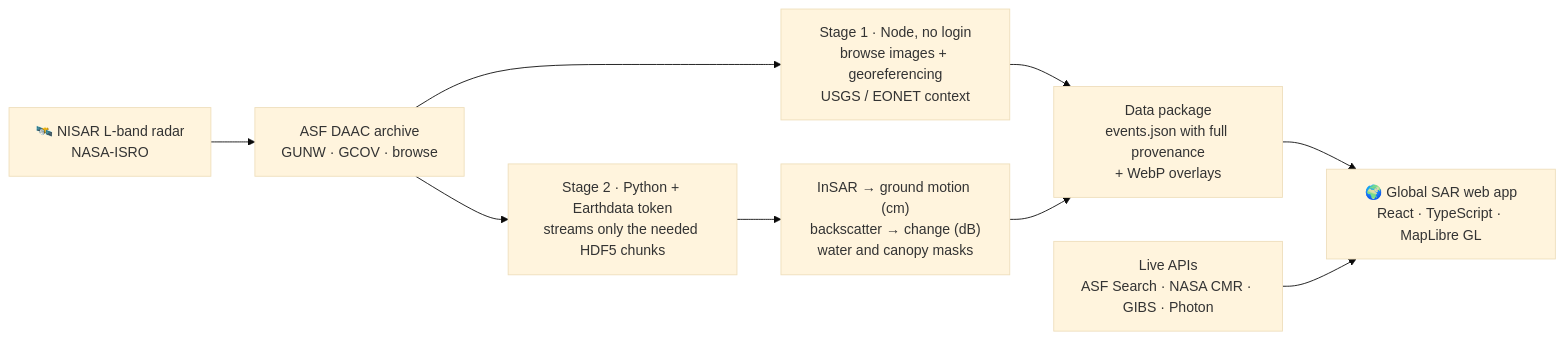
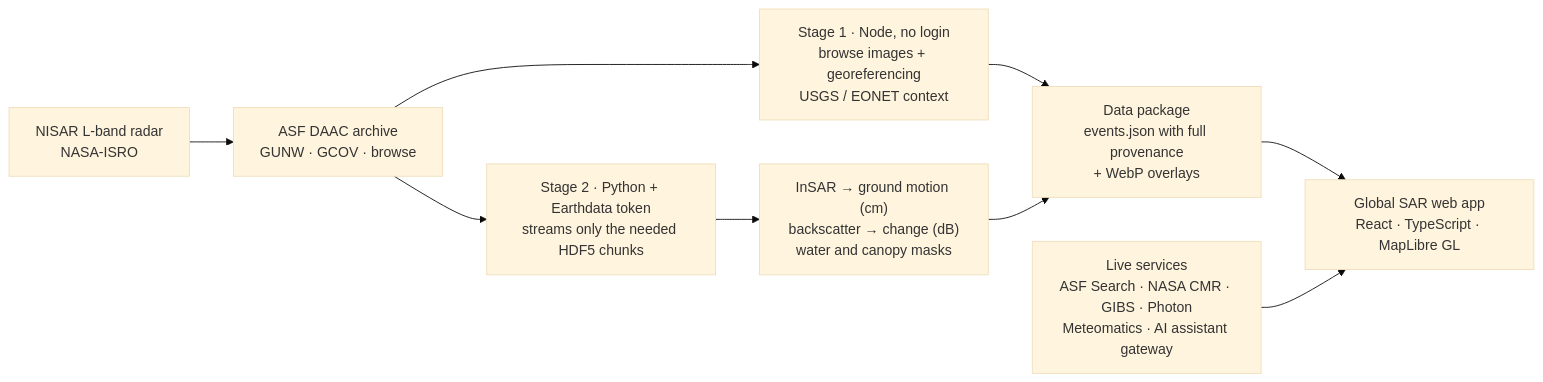
One commit to Denizprof/Guardians-of-the-cosmos changed the diagram in README.md. Above: the diagram before and after it, drawn with Mermaid (base theme). The commit also changed other lines of this file, not shown here.

Commit message:
README: screenshots, no emojis, assistant and weather

````diff
--- a/README.md
+++ b/README.md
@@ -86,11 +108,11 @@
 ```mermaid
 flowchart LR
-    A["🛰️ NISAR L-band radar<br/>NASA-ISRO"] --> B["ASF DAAC archive<br/>GUNW · GCOV · browse"]
+    A["NISAR L-band radar<br/>NASA-ISRO"] --> B["ASF DAAC archive<br/>GUNW · GCOV · browse"]
     B --> C["Stage 1 · Node, no login<br/>browse images + georeferencing<br/>USGS / EONET context"]
     B --> D["Stage 2 · Python + Earthdata token<br/>streams only the needed HDF5 chunks"]
     D --> E["InSAR → ground motion (cm)<br/>backscatter → change (dB)<br/>water and canopy masks"]
     C --> F["Data package<br/>events.json with full provenance<br/>+ WebP overlays"]
     E --> F
-    F --> G["🌍 Global SAR web app<br/>React · TypeScript · MapLibre GL"]
-    H["Live APIs<br/>ASF Search · NASA CMR · GIBS · Photon"] --> G
+    F --> G["Global SAR web app<br/>React · TypeScript · MapLibre GL"]
+    H["Live services<br/>ASF Search · NASA CMR · GIBS · Photon<br/>Meteomatics · AI assistant gateway"] --> G
 ```
````
